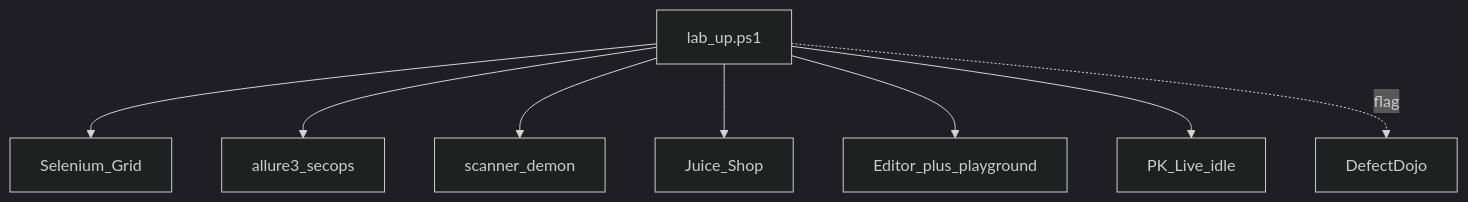
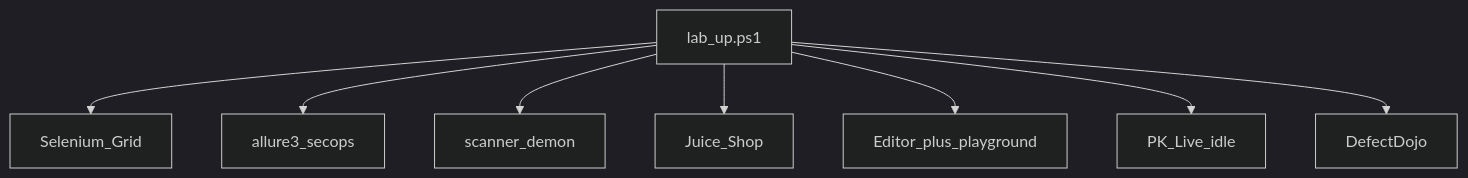
One commit to prettyk-io/prettyk-secops changed the diagram in sanctuary/pure/lab-up.md. Above: the diagram before and after it, drawn with Mermaid (dark theme). The commit also changed other lines of this file and 85 other files, not shown here.

````diff
--- a/sanctuary/pure/lab-up.md
+++ b/sanctuary/pure/lab-up.md
@@ -10,10 +10,10 @@
 ```mermaid
 flowchart TB
   LabUp[lab_up.ps1] --> Grid[Selenium_Grid]
   LabUp --> Allure[allure3_secops]
   LabUp --> Demon[scanner_demon]
   LabUp --> Juice[Juice_Shop]
   LabUp --> UI[Editor_plus_playground]
   LabUp --> Live[PK_Live_idle]
-  LabUp -.->|flag| Dojo[DefectDojo]
+  LabUp --> Dojo[DefectDojo]
 ```
````
